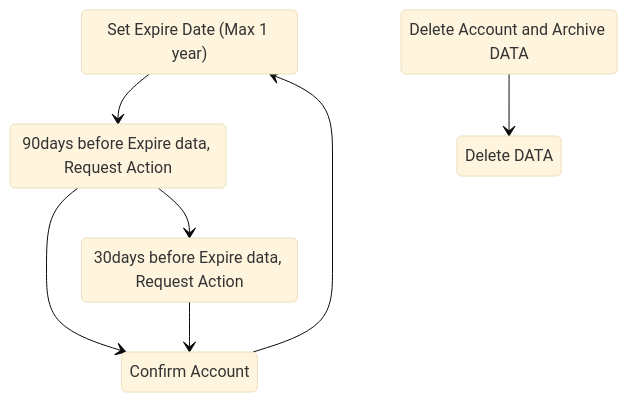
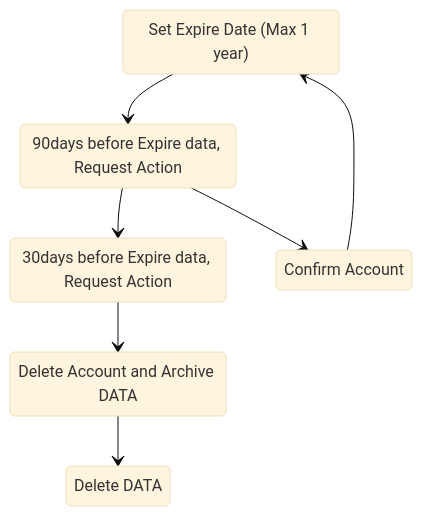
The diagram in pages/documentation/administration/users.md (gferhpc/supercomputing.tue.nl), drawn with Mermaid (base theme) before and after one commit.

````diff
--- a/pages/documentation/administration/users.md
+++ b/pages/documentation/administration/users.md
@@ -92,16 +92,16 @@
 ```mermaid
 stateDiagram
     s1: Set Expire Date (Max 1 year)
     s2: 90days before Expire data, Request Action
     s3: 30days before Expire data, Request Action
     s4: Confirm Account
     s5: Delete Account and Archive DATA
     s6: Delete DATA
     s1 --> s2
     s2 --> s4
-    s3 --> s4
+    s3 --> s5
     s2 --> s3
     s4 --> s1
     s5 --> s6
 
 ``` 
````
